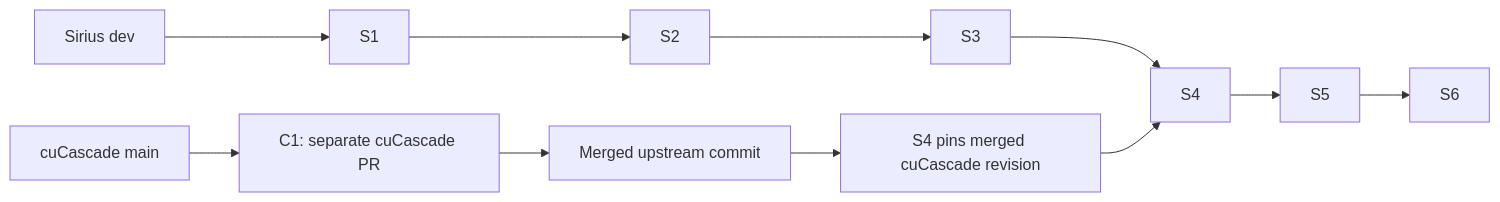
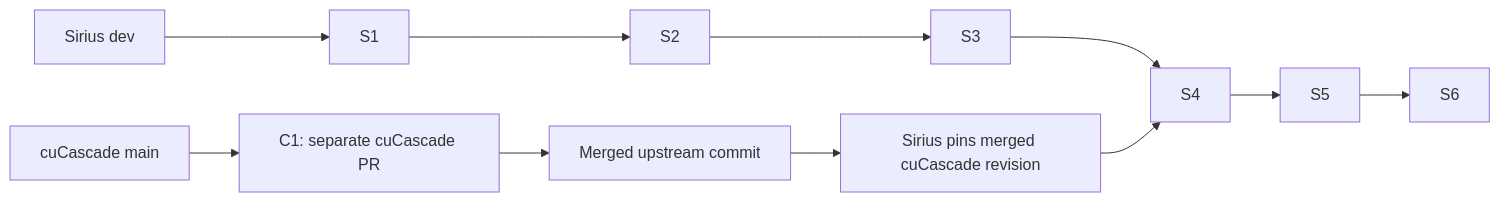
Before and after one commit to sirius-db/sirius: the diagram in docs/super-sirius/dynamic-filters-implementation-plan.md, drawn with Mermaid. The commit also changed other lines of this file and 50 other files, not shown here.

First line of the commit message:
fix(memory): migrate to merged cuCascade pool peer-access API

````diff
--- a/docs/super-sirius/dynamic-filters-implementation-plan.md
+++ b/docs/super-sirius/dynamic-filters-implementation-plan.md
@@ -115,8 +112,8 @@
 ```mermaid
 flowchart LR
     DEV["Sirius dev"] --> S1 --> S2 --> S3 --> S4 --> S5 --> S6
     MAIN["cuCascade main"] --> C1["C1: separate cuCascade PR"]
     C1 --> MERGED["Merged upstream commit"]
-    MERGED --> PIN["S4 pins merged cuCascade revision"]
+    MERGED --> PIN["Sirius pins merged cuCascade revision"]
     PIN --> S4
 ```
````
